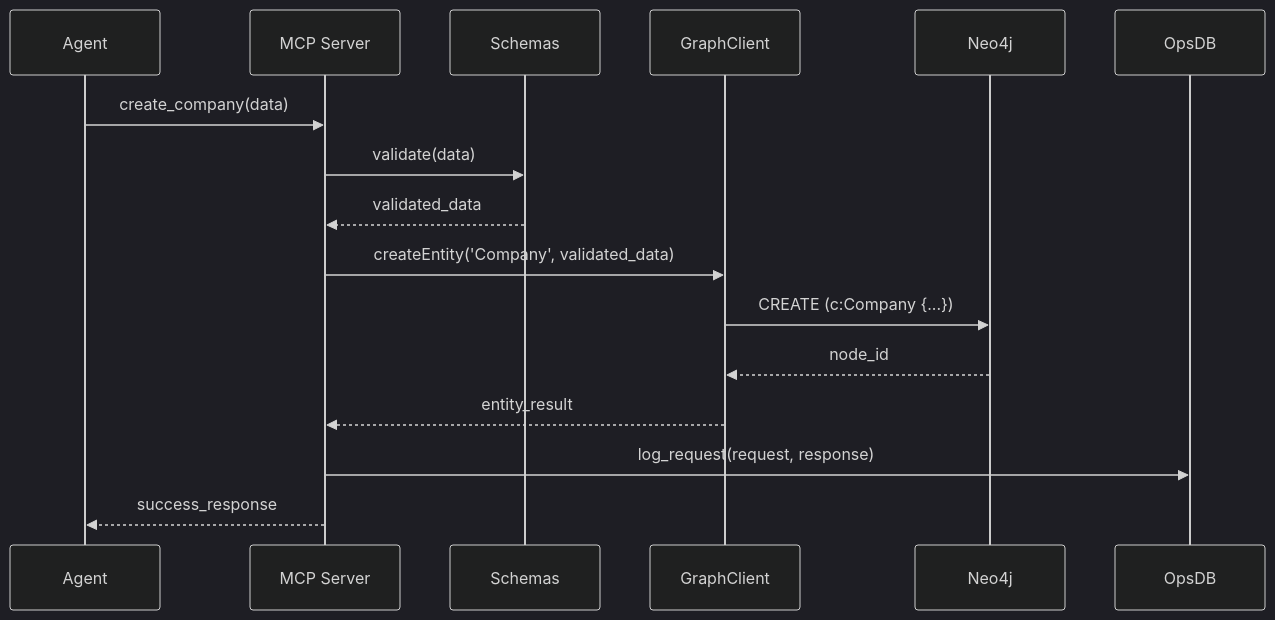
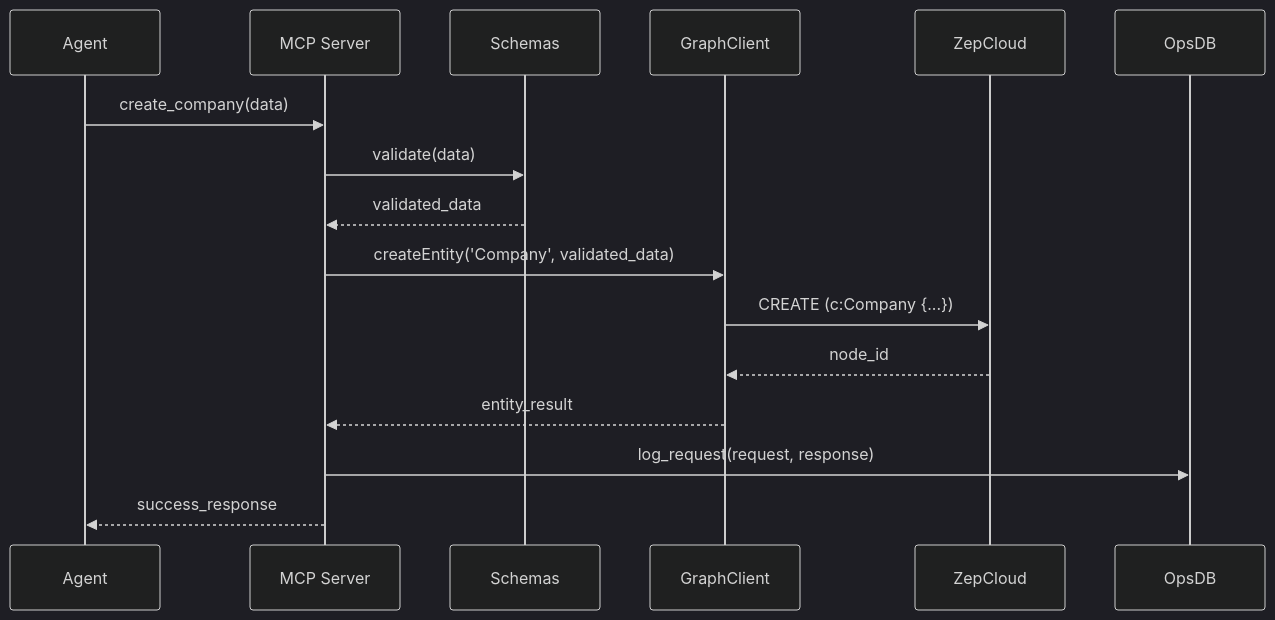
The second of 7 diagrams in ARCHITECTURE.md (leovigna/agent-coeus), drawn with Mermaid (dark theme) before and after one commit. The commit also changed other lines of this file and 6 other files, not shown here.

````diff
--- a/ARCHITECTURE.md
+++ b/ARCHITECTURE.md
@@ -179,19 +176,19 @@
 ```mermaid
 sequenceDiagram
     participant Agent
     participant MCP as MCP Server
     participant Schemas
     participant GraphClient
-    participant Neo4j
+    participant ZepCloud
     participant OpsDB
 
     Agent->>MCP: create_company(data)
     MCP->>Schemas: validate(data)
     Schemas-->>MCP: validated_data
     MCP->>GraphClient: createEntity('Company', validated_data)
-    GraphClient->>Neo4j: CREATE (c:Company {...})
-    Neo4j-->>GraphClient: node_id
+    GraphClient->>ZepCloud: CREATE (c:Company {...})
+    ZepCloud-->>GraphClient: node_id
     GraphClient-->>MCP: entity_result
     MCP->>OpsDB: log_request(request, response)
     MCP-->>Agent: success_response
 ```
````
